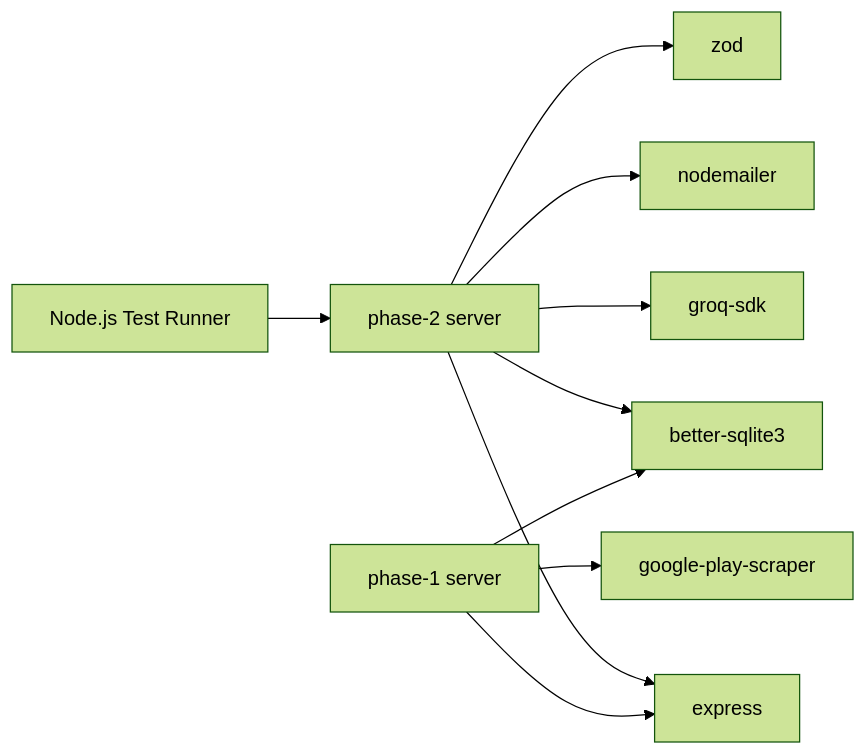
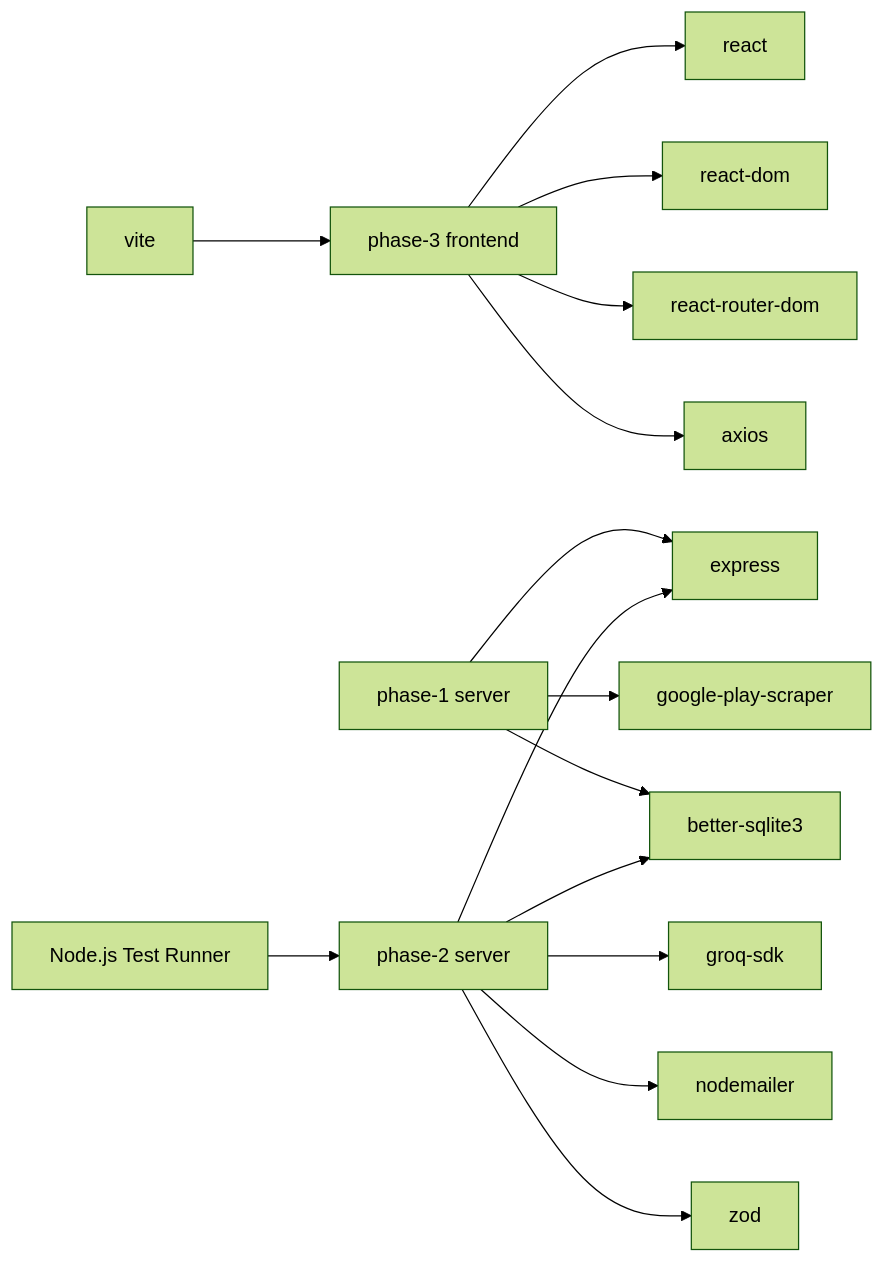
The fifth of 5 diagrams in .qoder/repowiki/en/content/Deployment & Operations.md (aravinthraj-ramalingam/Groww-App-Review-Insights-Analyzer-), drawn with Mermaid (forest theme) before and after one commit. The commit also changed other lines of this file and 3 other files, not shown here.

````diff
--- a/.qoder/repowiki/en/content/Deployment & Operations.md
+++ b/.qoder/repowiki/en/content/Deployment & Operations.md
@@ -364,12 +393,17 @@
 ```mermaid
 graph LR
 P2Server["phase-2 server"] --> Express["express"]
 P2Server --> DB["better-sqlite3"]
 P2Server --> Groq["groq-sdk"]
 P2Server --> Nodemailer["nodemailer"]
 P2Server --> Zod["zod"]
 P1Server["phase-1 server"] --> Express
 P1Server --> DB
 P1Server --> GPS["google-play-scraper"]
+FRONTEND["phase-3 frontend"] --> React["react"]
+FRONTEND --> ReactDOM["react-dom"]
+FRONTEND --> Router["react-router-dom"]
+FRONTEND --> Axios["axios"]
+Vite["vite"] --> FRONTEND
 TESTS["Node.js Test Runner"] --> P2Server
 ```
````
